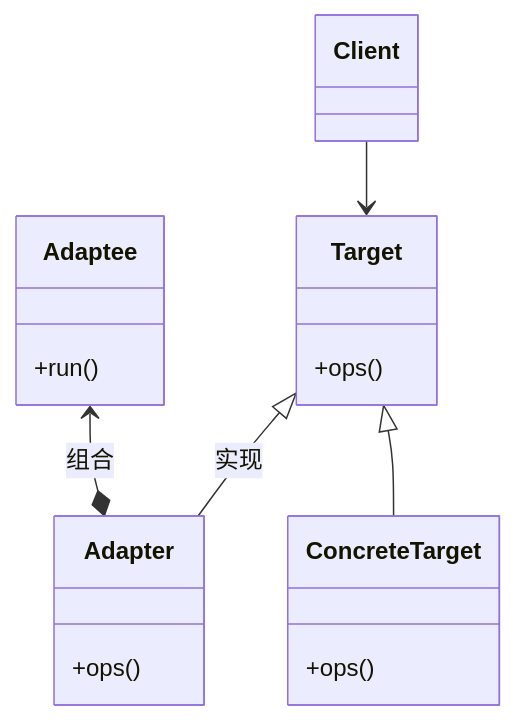
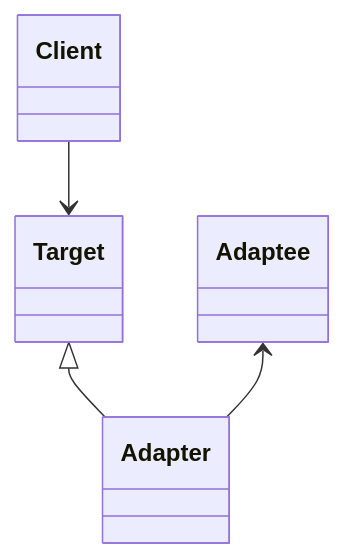
Before and after one commit to 0xcaffebabe/note: the first of 7 diagrams in doc/软件工程/设计模式/结构型模式.md, drawn with Mermaid. The commit also changed other lines of this file and 6 other files, not shown here.

````diff
--- a/doc/软件工程/设计模式/结构型模式.md
+++ b/doc/软件工程/设计模式/结构型模式.md
@@ -13,19 +79,6 @@
 ```mermaid
 classDiagram
-    class Target {
-        +ops()
-    }
-    class Adapter {
-        +ops()
-    }
-    class Adaptee {
-        +run()
-    }
-    class ConcreteTarget {
-        +ops()
-    }
-    Target <|-- Adapter: 实现
-    Adaptee <--* Adapter: 组合
-    Target <|-- ConcreteTarget
-    Client --> Target
+Target <|-- Adapter
+Adaptee <-- Adapter
+Client --> Target
 ```
````
